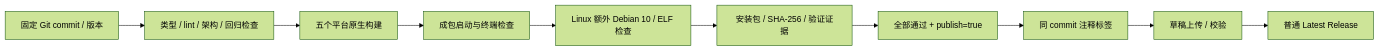
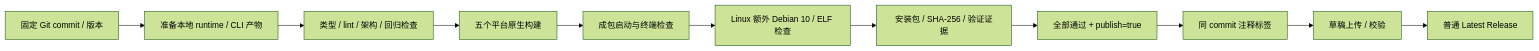
The diagram in specs/desktop-release.md (skyjt/ZCode_custom), drawn with Mermaid (forest theme) before and after one commit. The commit also changed other lines of this file and 2 other files, not shown here.

Commit message:
fix: prepare CLI packages before release regression checks

````diff
--- a/specs/desktop-release.md
+++ b/specs/desktop-release.md
@@ -21,12 +22,13 @@
 ```mermaid
 flowchart LR
-  C[固定 Git commit / 版本] --> Q[类型 / lint / 架构 / 回归检查]
+  C[固定 Git commit / 版本] --> P[准备本地 runtime / CLI 产物]
+  P --> Q[类型 / lint / 架构 / 回归检查]
   Q --> B[五个平台原生构建]
   B --> V[成包启动与终端检查]
   V --> L[Linux 额外 Debian 10 / ELF 检查]
   L --> A[安装包 / SHA-256 / 验证证据]
   A --> G[全部通过 + publish=true]
   G --> T[同 commit 注释标签]
   T --> D[草稿上传 / 校验]
   D --> R[普通 Latest Release]
 ```
````
